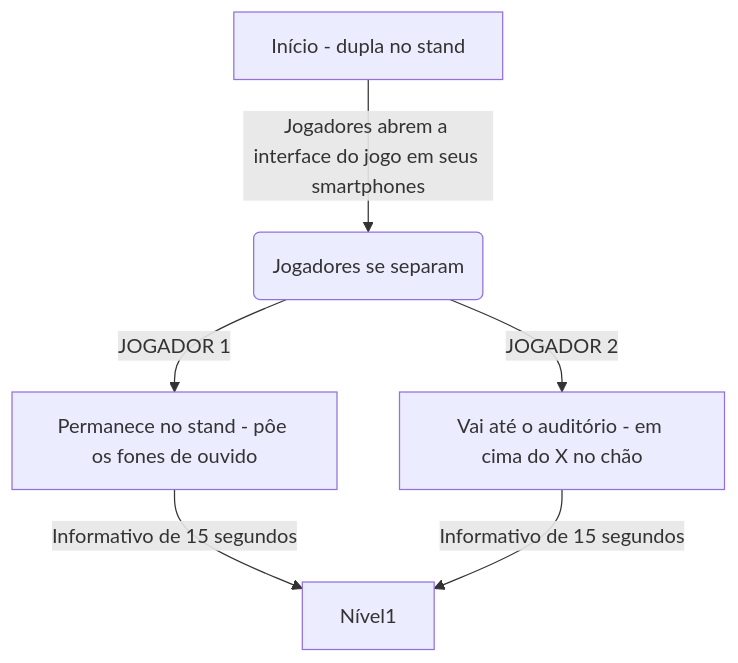
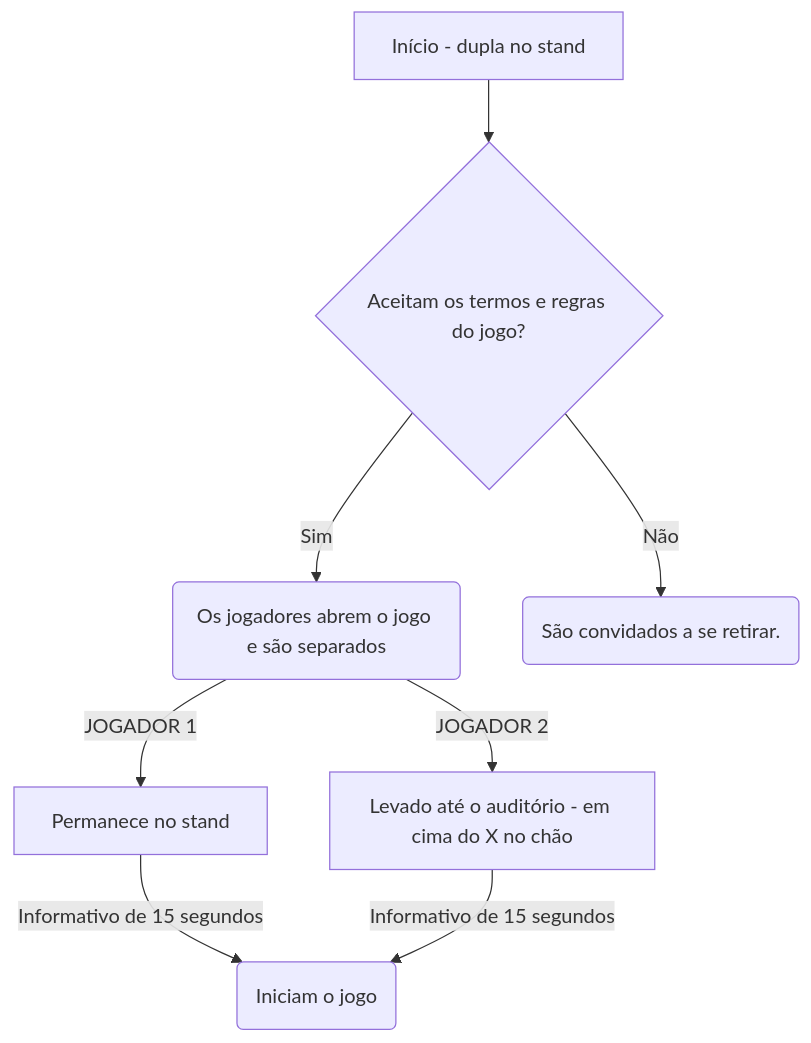
Before and after one commit to DinamicCreative/EscapeRoom: the diagram in README.md, drawn with Mermaid. The commit also changed other lines of this file, not shown here.

Commit message:
jogo ideal

````diff
--- a/README.md
+++ b/README.md
@@ -81,6 +19,12 @@
 ```mermaid
 flowchart TD
-    A[Início - dupla no stand] -->|Jogadores abrem a interface do jogo em seus smartphones| B(Jogadores se separam)
-     -->|JOGADOR 1| D[Permanece no stand - pôe os fones de ouvido] --> |Informativo de 15 segundos| Nível1
-    B -->|JOGADOR 2| E[Vai até o auditório - em cima do X no chão] --> |Informativo de 15 segundos| Nível1    
+  A[Início - dupla no stand] --> KA{Aceitam os termos e regras do jogo?}
+  KA --> |Sim| B
+   B(Os jogadores abrem o jogo e são separados)
+
+
+   -->|JOGADOR 1| D[Permanece no stand] --> |Informativo de 15 segundos| F(Iniciam o jogo)
+  B -->|JOGADOR 2| E[Levado até o auditório - em cima do X no chão] --> |Informativo de 15 segundos| F(Iniciam o jogo)
+  KA --> |Não|BE(São convidados a se retirar.)
+ 
 ```
````
